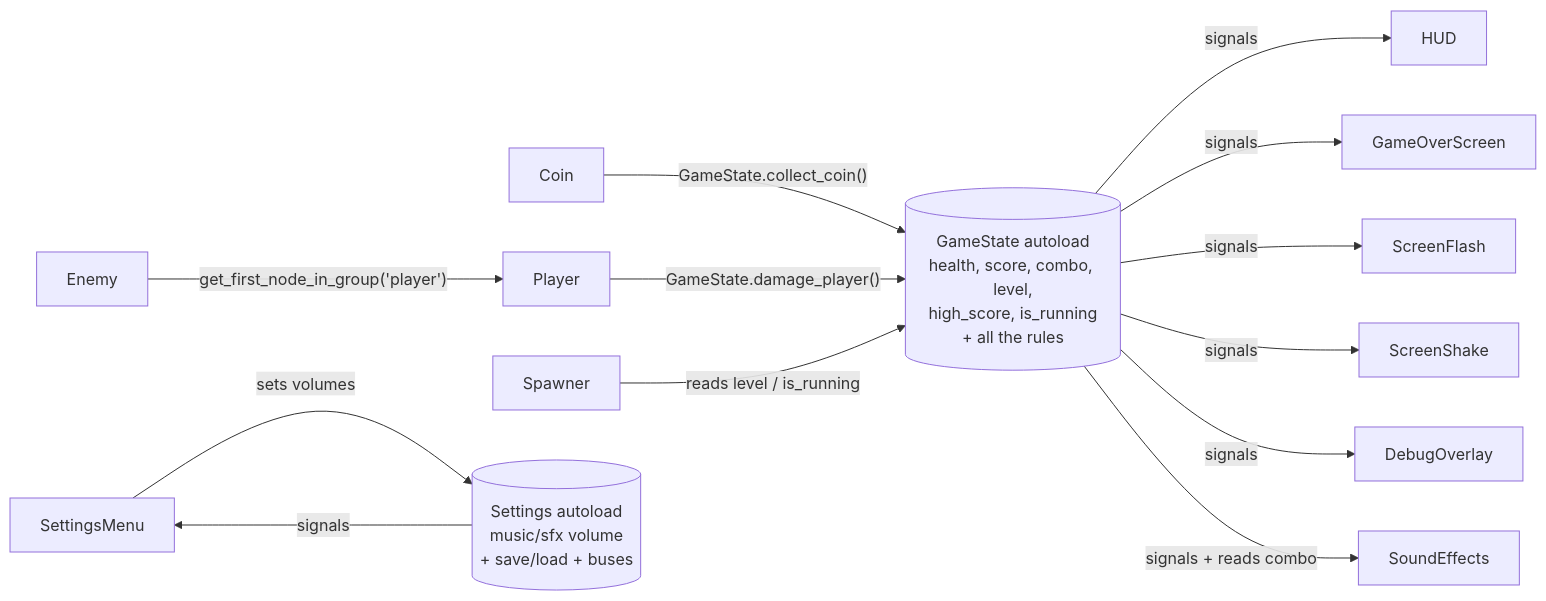
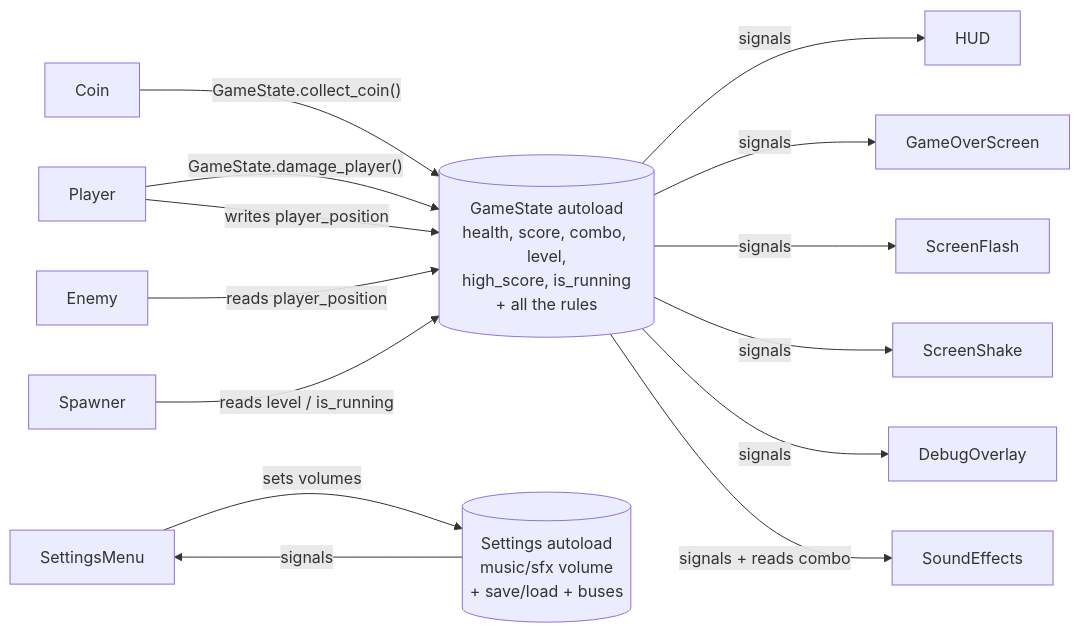
One commit to joranmarcy/Godot-MEDS-Comparison changed the first of 2 diagrams in README.md. Above: the diagram before and after it, drawn with Mermaid. The commit also changed other lines of this file and 18 other files, not shown here.

````diff
--- a/README.md
+++ b/README.md
@@ -57,13 +57,14 @@
 ```mermaid
 flowchart LR
     Coin -- "GameState.collect_coin()" --> GS[(GameState autoload<br/>health, score, combo, level,<br/>high_score, is_running<br/>+ all the rules)]
     Player -- "GameState.damage_player()" --> GS
-    Enemy -- "get_first_node_in_group('player')" --> Player
+    Player -- "writes player_position" --> GS
+    Enemy -- "reads player_position" --> GS
     GS -- signals --> HUD
     GS -- signals --> GameOverScreen
     GS -- signals --> ScreenFlash & ScreenShake & DebugOverlay
     GS -- "signals + reads combo" --> SoundEffects
     Spawner -- reads level / is_running --> GS
     SettingsMenu -- "sets volumes" --> ST[(Settings autoload<br/>music/sfx volume<br/>+ save/load + buses)]
     ST -- signals --> SettingsMenu
 ```
````
